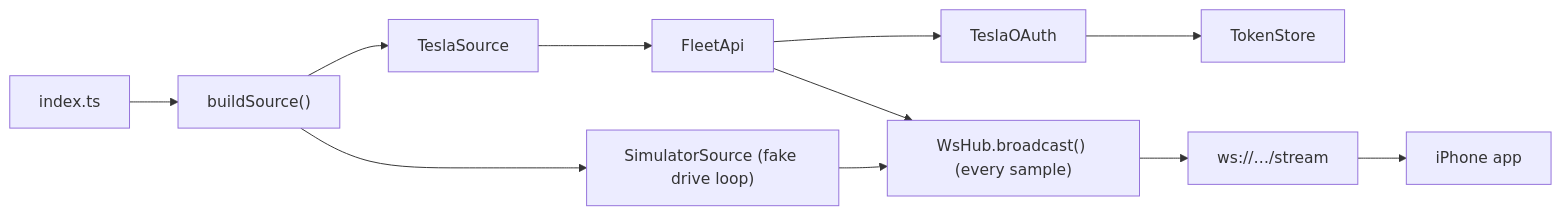
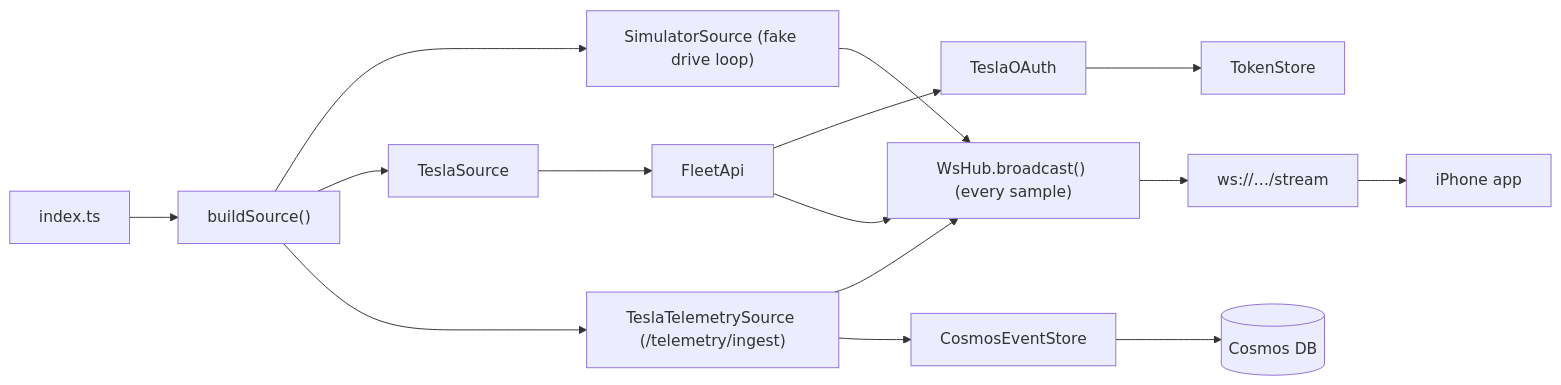
Before and after one commit to restlessankyyy/voltpit: the diagram in backend/README.md, drawn with Mermaid. The commit also changed other lines of this file and 16 other files, not shown here.

First line of the commit message:
feat: add Tesla fleet-telemetry source and Cosmos event persistence

````diff
--- a/backend/README.md
+++ b/backend/README.md
@@ -49,13 +54,17 @@
 ```mermaid
 flowchart LR
     Index["index.ts"] --> Build["buildSource()"]
     Build --> Sim["SimulatorSource (fake drive loop)"]
     Build --> Tesla["TeslaSource"]
+    Build --> Tel["TeslaTelemetrySource (/telemetry/ingest)"]
     Tesla --> Fleet["FleetApi"]
     Fleet --> OAuth["TeslaOAuth"]
     OAuth --> Store["TokenStore"]
     Sim --> Hub["WsHub.broadcast() (every sample)"]
     Fleet --> Hub
+    Tel --> Hub
+    Tel --> Cosmos["CosmosEventStore"]
+    Cosmos --> DB[("Cosmos DB")]
     Hub --> WS["ws://…/stream"]
     WS --> App["iPhone app"]
 ```
````
